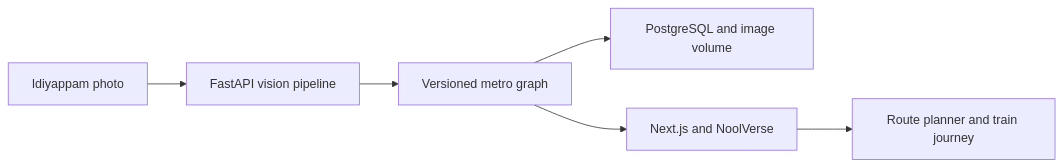
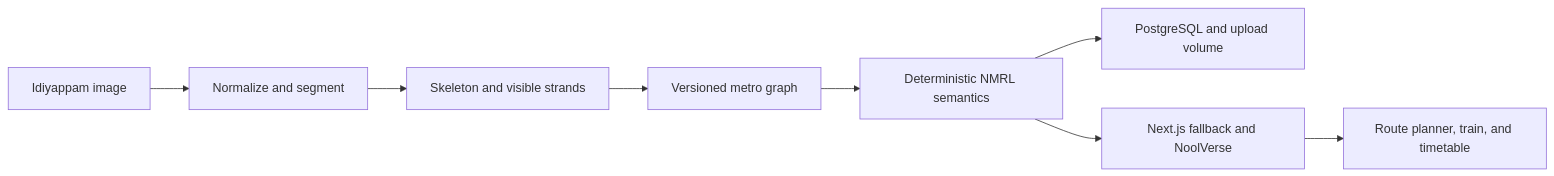
The diagram in README.md (9MidhunPM/NooluPidichaalMathii), drawn with Mermaid before and after one commit. The commit also changed other lines of this file and 1 other file, not shown here.

````diff
--- a/README.md
+++ b/README.md
@@ -100,8 +113,10 @@
 ```mermaid
 flowchart LR
-    A[Idiyappam photo] --> B[FastAPI vision pipeline]
-    B --> C[Versioned metro graph]
-    C --> D[PostgreSQL and image volume]
-    C --> E[Next.js and NoolVerse]
-    E --> F[Route planner and train journey]
+    A[Idiyappam image] --> B[Normalize and segment]
+    B --> C[Skeleton and visible strands]
+    C --> D[Versioned metro graph]
+    D --> E[Deterministic NMRL semantics]
+    E --> F[PostgreSQL and upload volume]
+    E --> G[Next.js fallback and NoolVerse]
+    G --> H[Route planner, train, and timetable]
 ```
````
